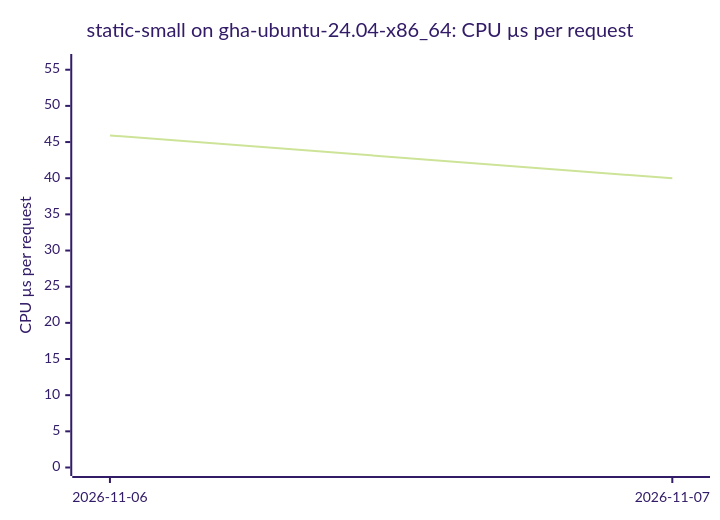
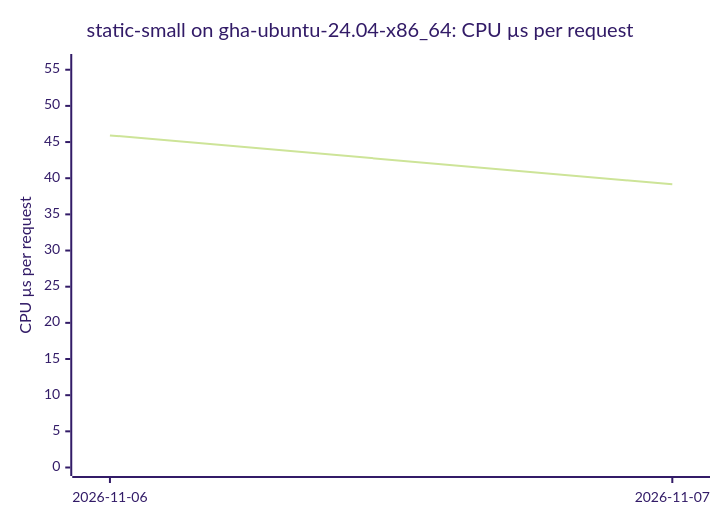
One commit to ThePixelPilgrim/durchlauferhitzer changed the first of 16 diagrams in BENCHMARKS.md. Above: the diagram before and after it, drawn with Mermaid (forest theme). The commit also changed other lines of this file and 1 other file, not shown here.

````diff
--- a/BENCHMARKS.md
+++ b/BENCHMARKS.md
@@ -24,7 +25,7 @@
 ```mermaid
 xychart-beta
   title "static-small on gha-ubuntu-24.04-x86_64: CPU µs per request"
   x-axis ["2026-11-06", "2026-11-07"]
   y-axis "CPU µs per request" 0 --> 56
-  line [45.92, 39.98]
+  line [45.92, 39.16]
 ```
````
